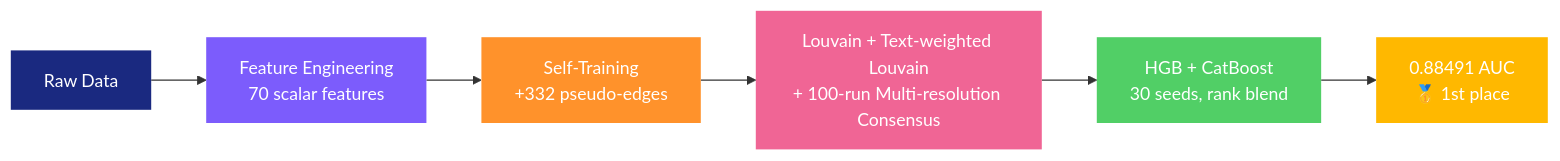
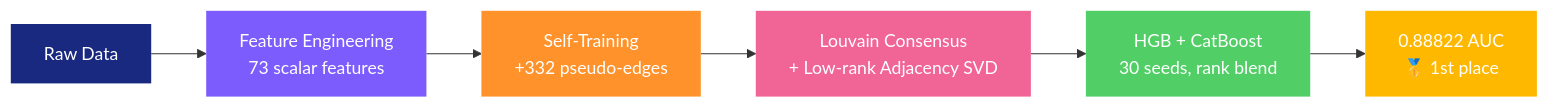
Before and after one commit to helloelora/graph-data-challenge: the diagram in README.md, drawn with Mermaid. The commit also changed other lines of this file and 11 other files, not shown here.

````diff
--- a/README.md
+++ b/README.md
@@ -23,15 +23,15 @@
 ```mermaid
 flowchart LR
-    A[Raw Data] --> B[Feature Engineering<br/>70 scalar features]
+    A[Raw Data] --> B[Feature Engineering<br/>73 scalar features]
     B --> C[Self-Training<br/>+332 pseudo-edges]
-    C --> D[Louvain + Text-weighted Louvain<br/>+ 100-run Multi-resolution Consensus]
+    C --> D[Louvain Consensus<br/>+ Low-rank Adjacency SVD]
     D --> E[HGB + CatBoost<br/>30 seeds, rank blend]
-    E --> F[0.88491 AUC<br/>🥇 1st place]
+    E --> F[0.88822 AUC<br/>🥇 1st place]
 
     style A fill:#1A2980,color:#fff,stroke:none
     style B fill:#7C5CFC,color:#fff,stroke:none
     style C fill:#FF922B,color:#fff,stroke:none
     style D fill:#F06595,color:#fff,stroke:none
     style E fill:#51CF66,color:#fff,stroke:none
     style F fill:#FFB800,color:#fff,stroke:none
 ```
````
